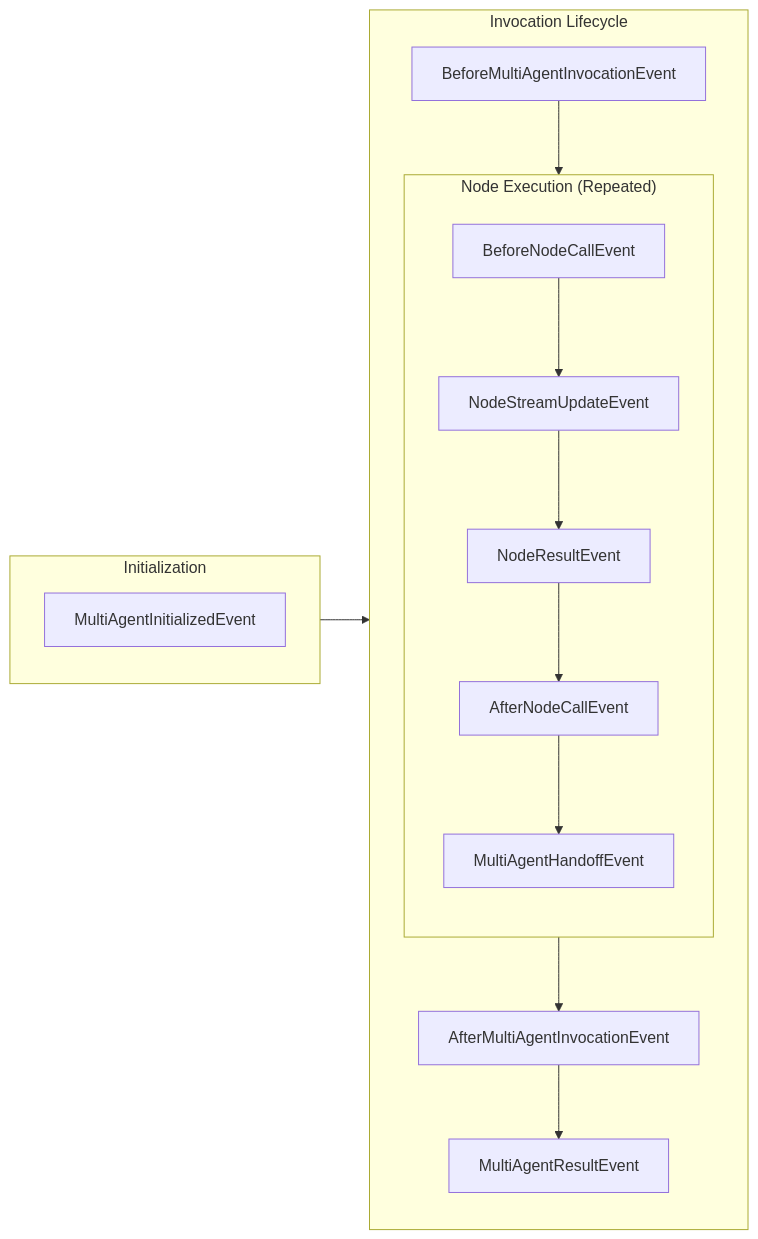
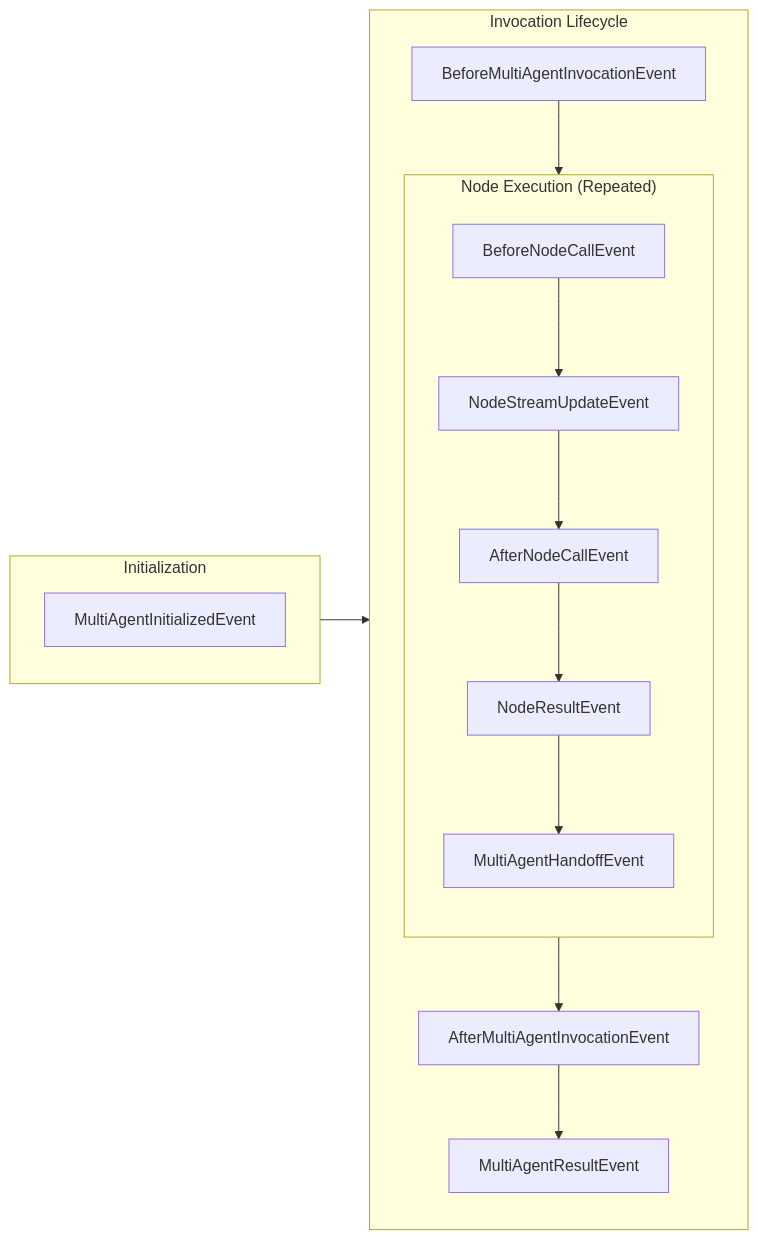
One commit to strands-agents/docs changed the fourth of 4 diagrams in src/content/docs/user-guide/concepts/agents/hooks.mdx. Above: the diagram before and after it, drawn with Mermaid.

Commit message:
fix: reorder NodeResultEvent after AfterNodeCallEvent in diagram

````diff
--- a/src/content/docs/user-guide/concepts/agents/hooks.mdx
+++ b/src/content/docs/user-guide/concepts/agents/hooks.mdx
@@ -243,29 +243,29 @@
 ```mermaid
 flowchart LR
 subgraph Init["Initialization"]
     direction TB
     MultiAgentInitializedEvent["MultiAgentInitializedEvent"]
 end
 subgraph Invocation["Invocation Lifecycle"]
     direction TB
     BeforeMultiAgentInvocationEvent["BeforeMultiAgentInvocationEvent"]
     AfterMultiAgentInvocationEvent["AfterMultiAgentInvocationEvent"]
     MultiAgentResultEvent["MultiAgentResultEvent"]
     BeforeMultiAgentInvocationEvent --> NodeExecution
     NodeExecution --> AfterMultiAgentInvocationEvent
     AfterMultiAgentInvocationEvent --> MultiAgentResultEvent
 end
 subgraph NodeExecution["Node Execution (Repeated)"]
     direction TB
     BeforeNodeCallEvent["BeforeNodeCallEvent"]
     NodeStreamUpdateEvent["NodeStreamUpdateEvent"]
+    AfterNodeCallEvent["AfterNodeCallEvent"]
     NodeResultEvent["NodeResultEvent"]
-    AfterNodeCallEvent["AfterNodeCallEvent"]
     MultiAgentHandoffEvent["MultiAgentHandoffEvent"]
     BeforeNodeCallEvent --> NodeStreamUpdateEvent
-    NodeStreamUpdateEvent --> NodeResultEvent
-    NodeResultEvent --> AfterNodeCallEvent
-    AfterNodeCallEvent --> MultiAgentHandoffEvent
+    NodeStreamUpdateEvent --> AfterNodeCallEvent
+    AfterNodeCallEvent --> NodeResultEvent
+    NodeResultEvent --> MultiAgentHandoffEvent
 end
 Init --> Invocation
 ```
````
